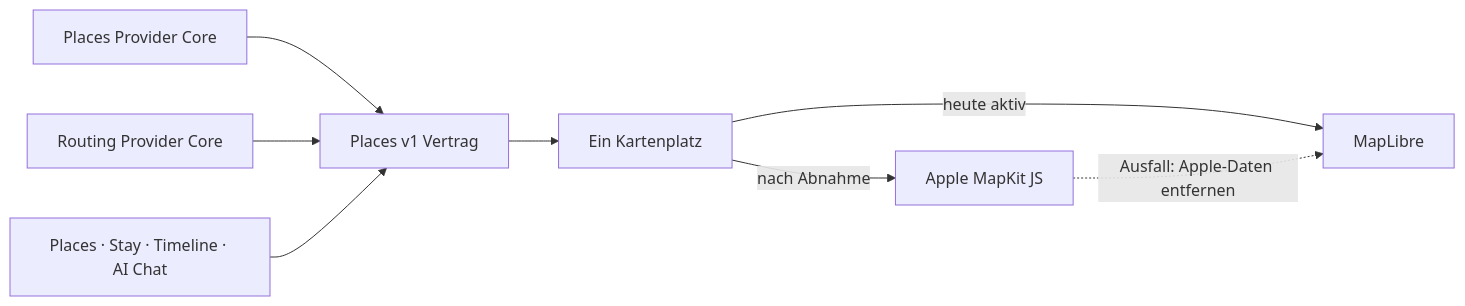
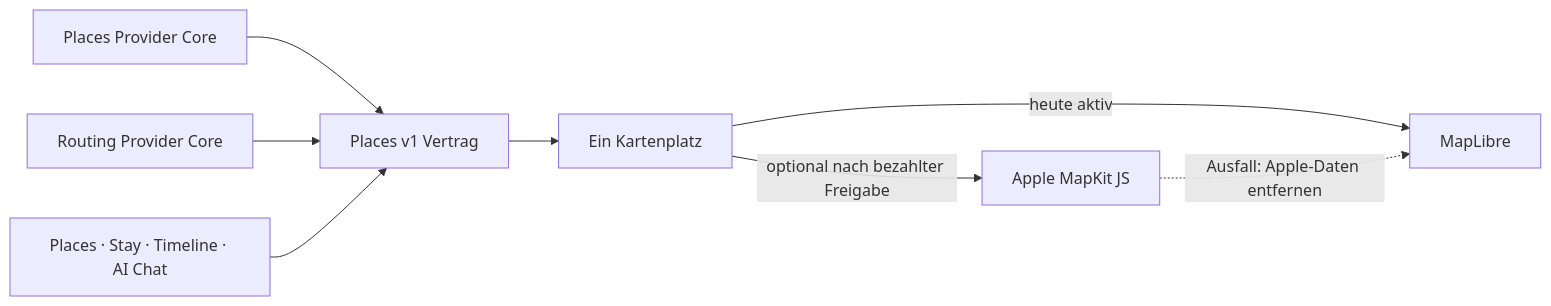
The diagram in docs/modularization/PCR-P02-APPLE-MAPKIT-RENDERER-FOUNDATION-20260905.md (fklaas/luvia), drawn with Mermaid before and after one commit. The commit also changed other lines of this file and 2 other files, not shown here.

Commit message:
docs(p02): park optional Apple renderer

````diff
--- a/docs/modularization/PCR-P02-APPLE-MAPKIT-RENDERER-FOUNDATION-20260905.md
+++ b/docs/modularization/PCR-P02-APPLE-MAPKIT-RENDERER-FOUNDATION-20260905.md
@@ -40,10 +40,10 @@
 ```mermaid
 flowchart LR
   C[Places v1 Vertrag] --> S[Ein Kartenplatz]
   S -->|heute aktiv| M[MapLibre]
-  S -->|nach Abnahme| A[Apple MapKit JS]
+  S -->|optional nach bezahlter Freigabe| A[Apple MapKit JS]
   P[Places Provider Core] --> C
   R[Routing Provider Core] --> C
   T[Places · Stay · Timeline · AI Chat] --> C
   A -. Ausfall: Apple-Daten entfernen .-> M
 ```
````
